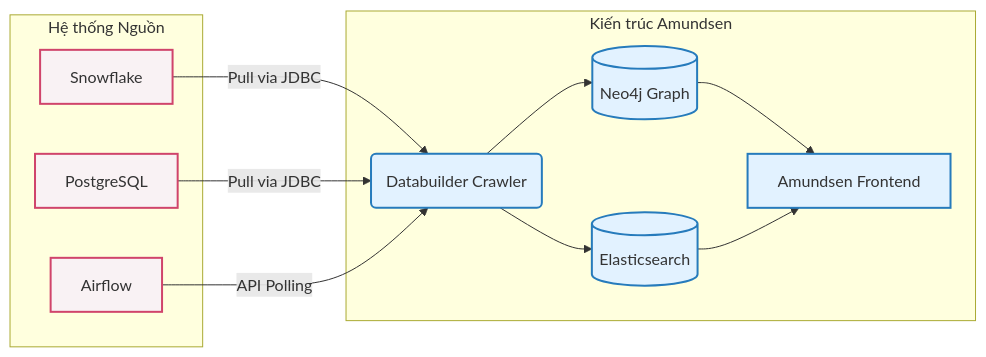
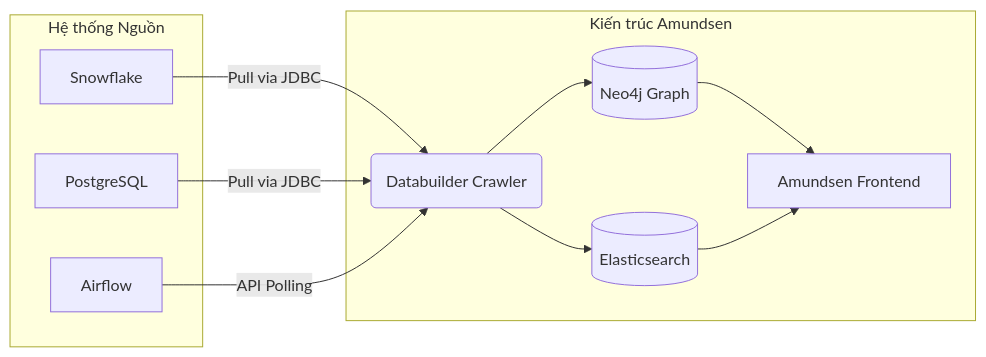
The first of 2 diagrams in src/content/docs/concepts/8-security-governance-finops/data-catalog.md (kythuatdulieu/kythuatdulieu.github.io), drawn with Mermaid before and after one commit. The commit also changed other lines of this file and 686 other files, not shown here.

````diff
--- a/src/content/docs/concepts/8-security-governance-finops/data-catalog.md
+++ b/src/content/docs/concepts/8-security-governance-finops/data-catalog.md
@@ -47,27 +47,26 @@
 ```mermaid
 graph LR
-    classDef source fill:#f9f2f4,stroke:#d0446b,stroke-width:2px;
-    classDef catalog fill:#e2f2ff,stroke:#267bbc,stroke-width:2px;
+
 
     subgraph Source_Systems ["Hệ thống Nguồn"]
         A["Snowflake"]:::source
         B["PostgreSQL"]:::source
         C["Airflow"]:::source
     end
     
     subgraph Amundsen_Catalog ["Kiến trúc Amundsen"]
         D("Databuilder Crawler"):::catalog
         E[("Neo4j Graph")]:::catalog
         F[("Elasticsearch")]:::catalog
         G["Amundsen Frontend"]:::catalog
     end
     
     A -->|Pull via JDBC| D
     B -->|Pull via JDBC| D
     C -->|API Polling| D
     
     D --> E
     D --> F
     E --> G
     F --> G
 ```
````
